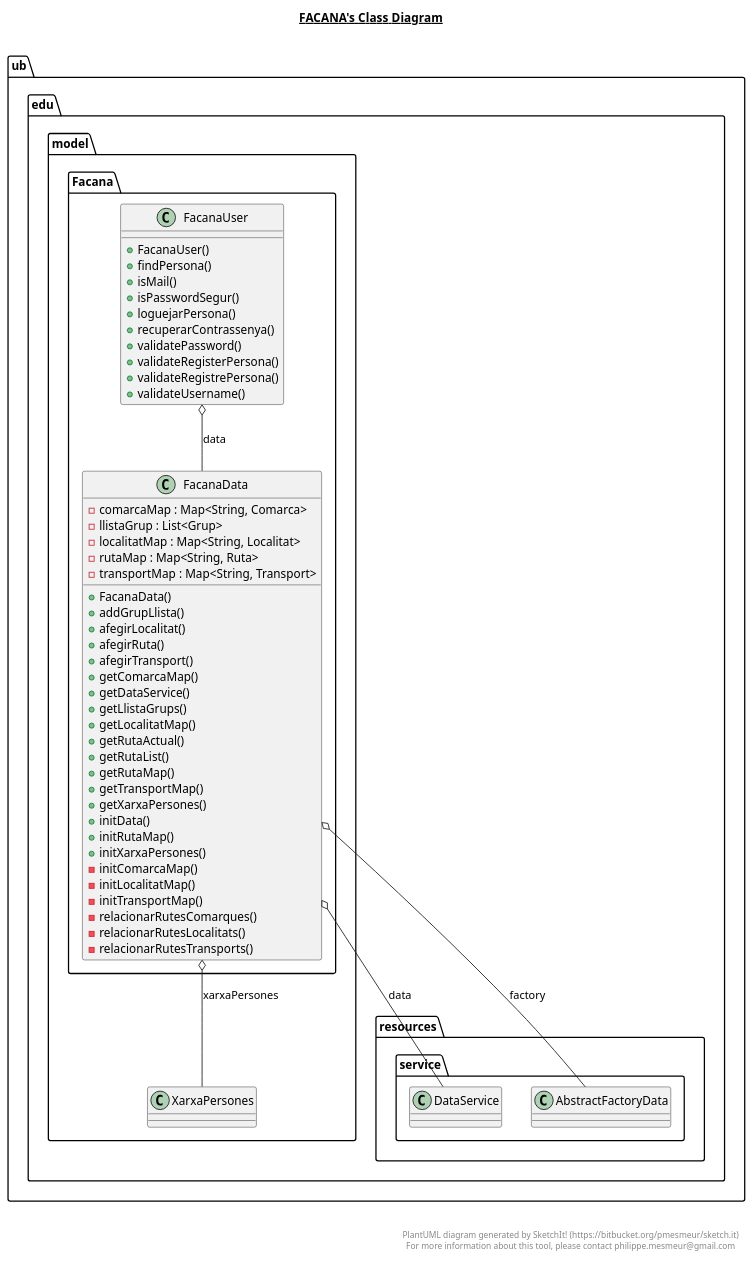
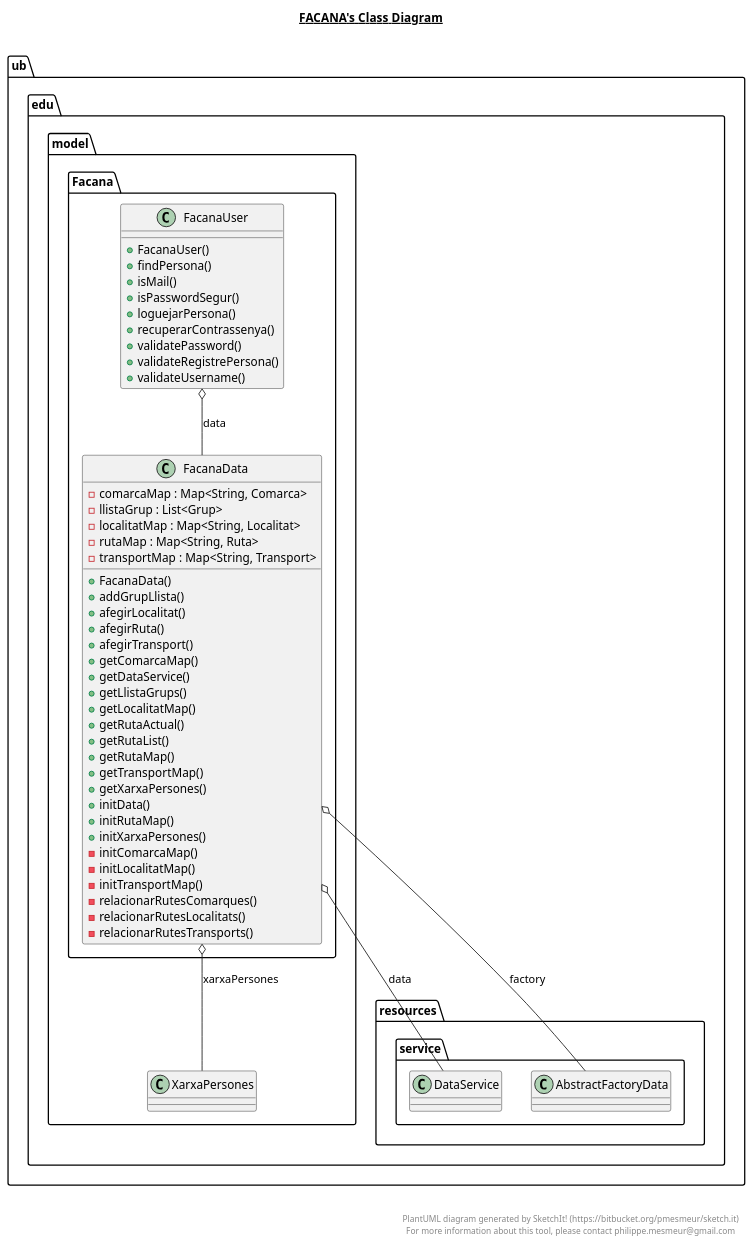
One commit to Samot2003/p3-tripu-dao-a12_reava changed the diagram in src/ub/edu/model/Facana/Facana.plantuml. Above: the diagram before and after it, drawn with PlantUML. The commit also changed 35 other files, not shown here.

```diff
--- a/src/ub/edu/model/Facana/Facana.plantuml
+++ b/src/ub/edu/model/Facana/Facana.plantuml
@@ -1,72 +1,71 @@
 @startuml
 
 title __FACANA's Class Diagram__\n
 
   namespace ub.edu.model {
     namespace Facana {
       class ub.edu.model.Facana.FacanaData {
           - comarcaMap : Map<String, Comarca>
           - llistaGrup : List<Grup>
           - localitatMap : Map<String, Localitat>
           - rutaMap : Map<String, Ruta>
           - transportMap : Map<String, Transport>
           + FacanaData()
           + addGrupLlista()
           + afegirLocalitat()
           + afegirRuta()
           + afegirTransport()
           + getComarcaMap()
           + getDataService()
           + getLlistaGrups()
           + getLocalitatMap()
           + getRutaActual()
           + getRutaList()
           + getRutaMap()
           + getTransportMap()
           + getXarxaPersones()
           + initData()
           + initRutaMap()
           + initXarxaPersones()
           - initComarcaMap()
           - initLocalitatMap()
           - initTransportMap()
           - relacionarRutesComarques()
           - relacionarRutesLocalitats()
           - relacionarRutesTransports()
       }
     }
   }
   
 
   namespace ub.edu.model {
     namespace Facana {
       class ub.edu.model.Facana.FacanaUser {
           + FacanaUser()
           + findPersona()
           + isMail()
           + isPasswordSegur()
           + loguejarPersona()
           + recuperarContrassenya()
           + validatePassword()
-          + validateRegisterPersona()
           + validateRegistrePersona()
           + validateUsername()
       }
     }
   }
   
 
   ub.edu.model.Facana.FacanaData o-- ub.edu.resources.service.DataService : data
   ub.edu.model.Facana.FacanaData o-- ub.edu.resources.service.AbstractFactoryData : factory
   ub.edu.model.Facana.FacanaData o-- ub.edu.model.XarxaPersones : xarxaPersones
   ub.edu.model.Facana.FacanaUser o-- ub.edu.model.Facana.FacanaData : data
 
 
 right footer
 
 
 PlantUML diagram generated by SketchIt! (https://bitbucket.org/pmesmeur/sketch.it)
 For more information about this tool, please contact philippe.mesmeur@gmail.com
 endfooter
 
 @enduml
```
